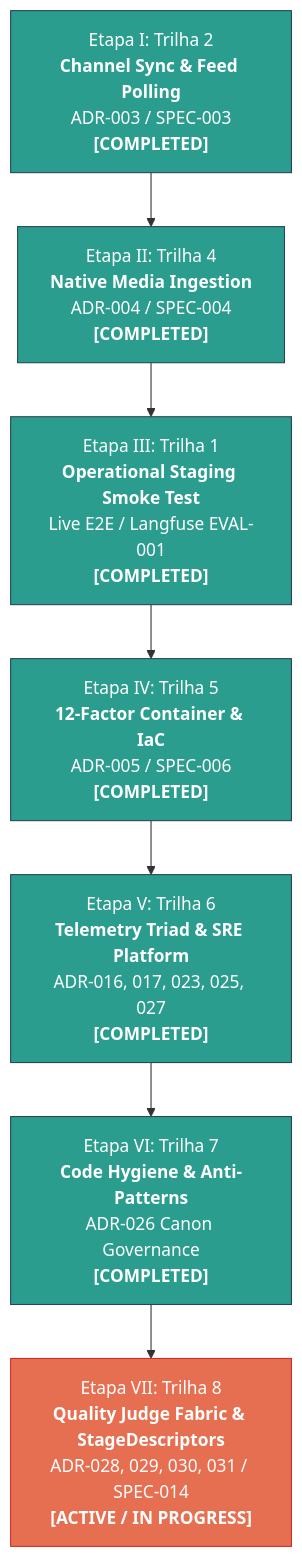
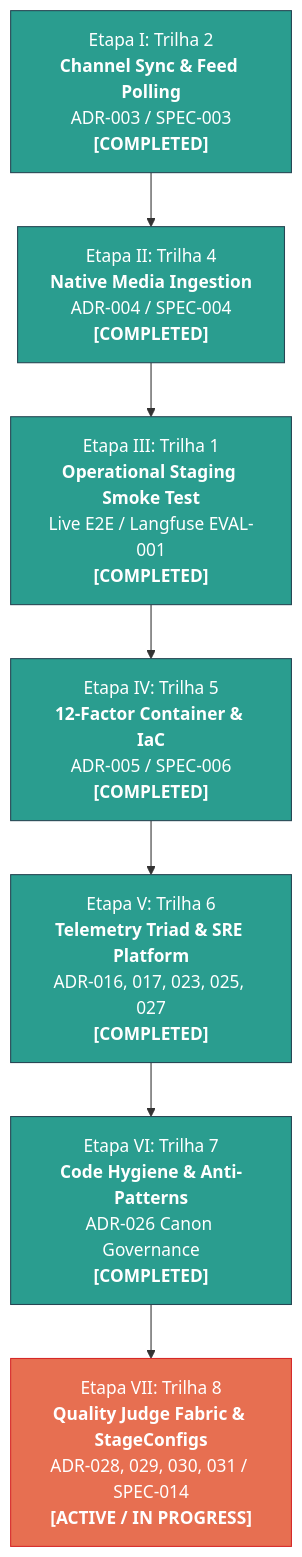
The diagram in docs/architecture/strategic_implementation_roadmap.md (faustostangler/PES), drawn with Mermaid before and after one commit. The commit also changed other lines of this file and 29 other files, not shown here.

Commit message:
feat: add pipeline telemetry, standardized stage descriptors, and session tracing adapters

````diff
--- a/docs/architecture/strategic_implementation_roadmap.md
+++ b/docs/architecture/strategic_implementation_roadmap.md
@@ -17,15 +17,15 @@
 ```mermaid
 flowchart TD
     T2["Etapa I: Trilha 2<br><b>Channel Sync & Feed Polling</b><br>ADR-003 / SPEC-003<br><b>[COMPLETED]</b>"] --> 
     T4["Etapa II: Trilha 4<br><b>Native Media Ingestion</b><br>ADR-004 / SPEC-004<br><b>[COMPLETED]</b>"] --> 
     T1["Etapa III: Trilha 1<br><b>Operational Staging Smoke Test</b><br>Live E2E / Langfuse EVAL-001<br><b>[COMPLETED]</b>"] --> 
     T5["Etapa IV: Trilha 5<br><b>12-Factor Container & IaC</b><br>ADR-005 / SPEC-006<br><b>[COMPLETED]</b>"] -->
     T6["Etapa V: Trilha 6<br><b>Telemetry Triad & SRE Platform</b><br>ADR-016, 017, 023, 025, 027<br><b>[COMPLETED]</b>"] -->
     T7["Etapa VI: Trilha 7<br><b>Code Hygiene & Anti-Patterns</b><br>ADR-026 Canon Governance<br><b>[COMPLETED]</b>"] -->
-    T8["Etapa VII: Trilha 8<br><b>Quality Judge Fabric & StageDescriptors</b><br>ADR-028, 029, 030, 031 / SPEC-014<br><b>[ACTIVE / IN PROGRESS]</b>"]
+    T8["Etapa VII: Trilha 8<br><b>Quality Judge Fabric & StageConfigs</b><br>ADR-028, 029, 030, 031 / SPEC-014<br><b>[ACTIVE / IN PROGRESS]</b>"]
 
     classDef done fill:#2a9d8f,stroke:#264653,color:#fff;
     classDef active fill:#e76f51,stroke:#d62828,color:#fff;
     class T2,T4,T1,T5,T6,T7 done;
     class T8 active;
 ```
````
